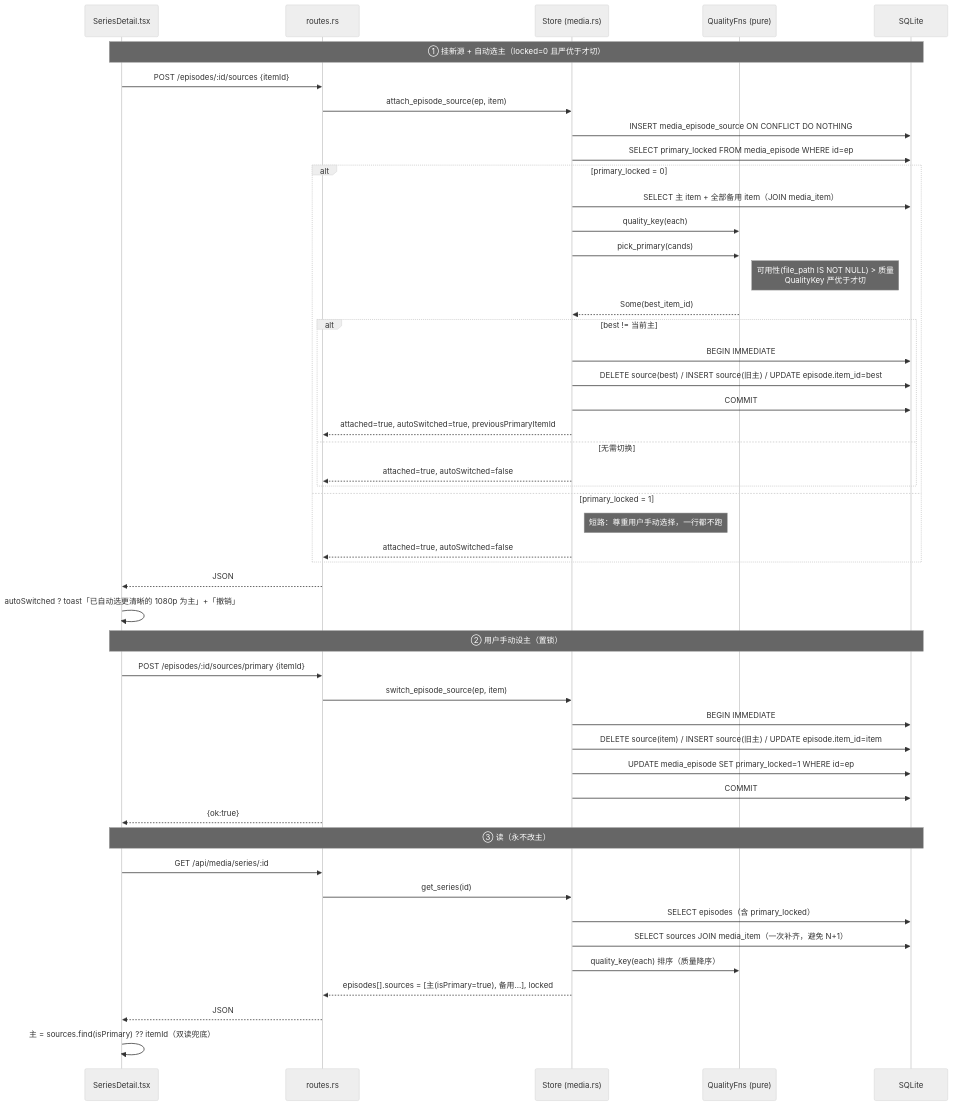
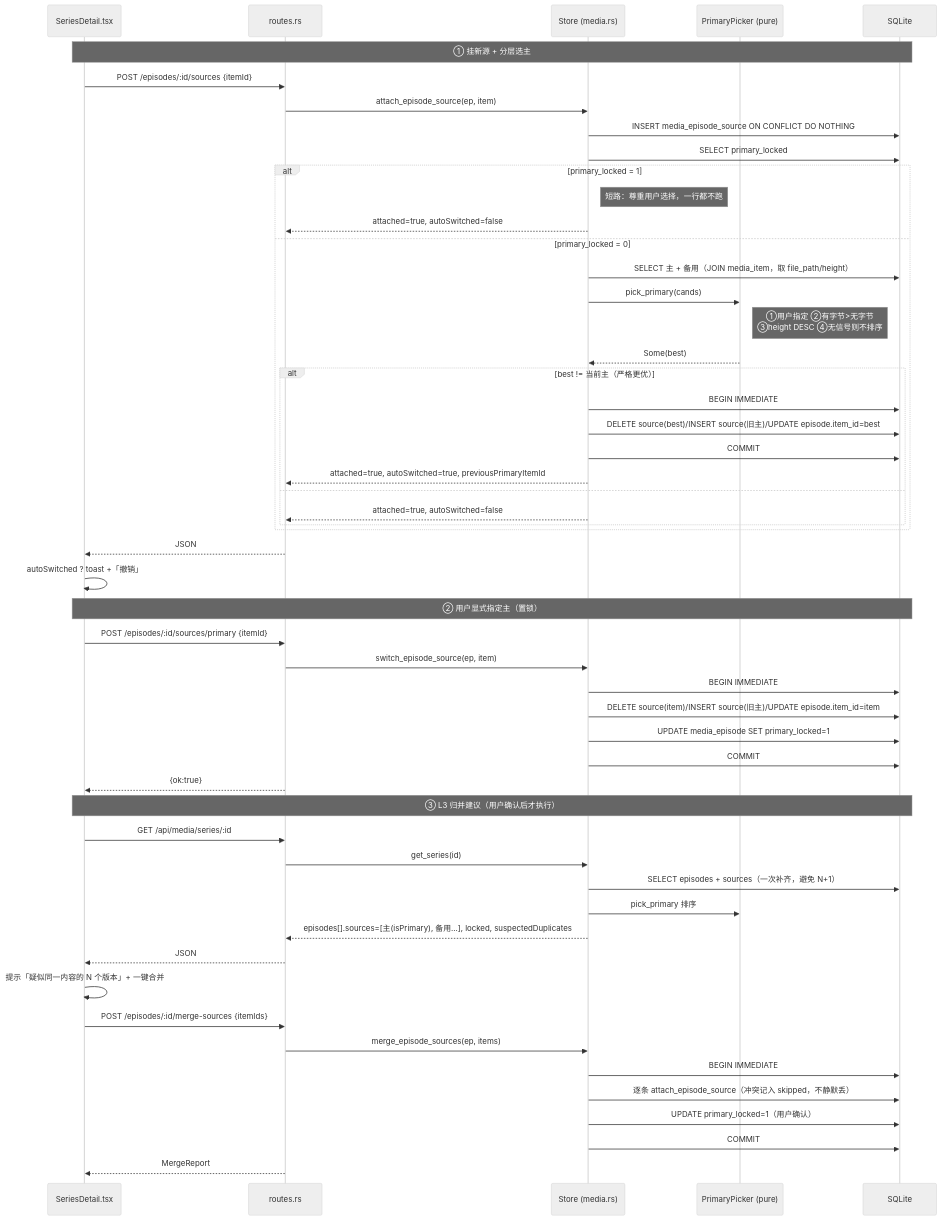
Before and after one commit to origadmin/orig-hub: the second of 3 diagrams in docs/design/episode-multi-source-design-2026-09-22.md, drawn with Mermaid (neutral theme). The commit also changed other lines of this file and 6 other files, not shown here.

````diff
--- a/docs/design/episode-multi-source-design-2026-09-22.md
+++ b/docs/design/episode-multi-source-design-2026-09-22.md
@@ -444,53 +591,58 @@
 ```mermaid
 sequenceDiagram
     participant UI as SeriesDetail.tsx
     participant API as routes.rs
     participant S as Store (media.rs)
-    participant Q as QualityFns (pure)
+    participant P as PrimaryPicker (pure)
     participant DB as SQLite
 
-    Note over UI,DB: ① 挂新源 + 自动选主（locked=0 且严优于才切）
+    Note over UI,DB: ① 挂新源 + 分层选主
     UI->>API: POST /episodes/:id/sources {itemId}
     API->>S: attach_episode_source(ep, item)
     S->>DB: INSERT media_episode_source ON CONFLICT DO NOTHING
-    S->>DB: SELECT primary_locked FROM media_episode WHERE id=ep
-    alt primary_locked = 0
-        S->>DB: SELECT 主 item + 全部备用 item（JOIN media_item）
-        S->>Q: quality_key(each)
-        S->>Q: pick_primary(cands)
-        Note right of Q: 可用性(file_path IS NOT NULL) > 质量<br/>QualityKey 严优于才切
-        Q-->>S: Some(best_item_id)
-        alt best != 当前主
+    S->>DB: SELECT primary_locked
+    alt primary_locked = 1
+        Note right of S: 短路：尊重用户选择，一行都不跑
+        S-->>API: attached=true, autoSwitched=false
+    else primary_locked = 0
+        S->>DB: SELECT 主 + 备用（JOIN media_item，取 file_path/height）
+        S->>P: pick_primary(cands)
+        Note right of P: ①用户指定 ②有字节>无字节<br/>③height DESC ④无信号则不排序
+        P-->>S: Some(best)
+        alt best != 当前主（严格更优）
             S->>DB: BEGIN IMMEDIATE
-            S->>DB: DELETE source(best) / INSERT source(旧主) / UPDATE episode.item_id=best
+            S->>DB: DELETE source(best)/INSERT source(旧主)/UPDATE episode.item_id=best
             S->>DB: COMMIT
             S-->>API: attached=true, autoSwitched=true, previousPrimaryItemId
-        else 无需切换
+        else
             S-->>API: attached=true, autoSwitched=false
         end
-    else primary_locked = 1
-        Note right of S: 短路：尊重用户手动选择，一行都不跑
-        S-->>API: attached=true, autoSwitched=false
     end
     API-->>UI: JSON
-    UI->>UI: autoSwitched ? toast「已自动选更清晰的 1080p 为主」+「撤销」
+    UI->>UI: autoSwitched ? toast +「撤销」
 
-    Note over UI,DB: ② 用户手动设主（置锁）
+    Note over UI,DB: ② 用户显式指定主（置锁）
     UI->>API: POST /episodes/:id/sources/primary {itemId}
     API->>S: switch_episode_source(ep, item)
     S->>DB: BEGIN IMMEDIATE
-    S->>DB: DELETE source(item) / INSERT source(旧主) / UPDATE episode.item_id=item
-    S->>DB: UPDATE media_episode SET primary_locked=1 WHERE id=ep
+    S->>DB: DELETE source(item)/INSERT source(旧主)/UPDATE episode.item_id=item
+    S->>DB: UPDATE media_episode SET primary_locked=1
     S->>DB: COMMIT
     API-->>UI: {ok:true}
 
-    Note over UI,DB: ③ 读（永不改主）
+    Note over UI,DB: ③ L3 归并建议（用户确认后才执行）
     UI->>API: GET /api/media/series/:id
     API->>S: get_series(id)
-    S->>DB: SELECT episodes（含 primary_locked）
-    S->>DB: SELECT sources JOIN media_item（一次补齐，避免 N+1）
-    S->>Q: quality_key(each) 排序（质量降序）
-    S-->>API: episodes[].sources = [主(isPrimary=true), 备用...], locked
+    S->>DB: SELECT episodes + sources（一次补齐，避免 N+1）
+    S->>P: pick_primary 排序
+    S-->>API: episodes[].sources=[主(isPrimary), 备用...], locked, suspectedDuplicates
     API-->>UI: JSON
-    UI->>UI: 主 = sources.find(isPrimary) ?? itemId（双读兜底）
+    UI->>UI: 提示「疑似同一内容的 N 个版本」+ 一键合并
+    UI->>API: POST /episodes/:id/merge-sources {itemIds}
+    API->>S: merge_episode_sources(ep, items)
+    S->>DB: BEGIN IMMEDIATE
+    S->>DB: 逐条 attach_episode_source（冲突记入 skipped，不静默丢）
+    S->>DB: UPDATE primary_locked=1（用户确认）
+    S->>DB: COMMIT
+    API-->>UI: MergeReport
 ```
````
